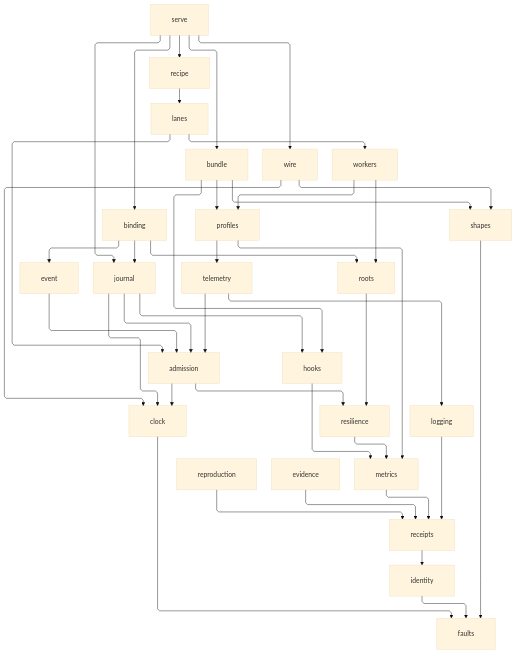
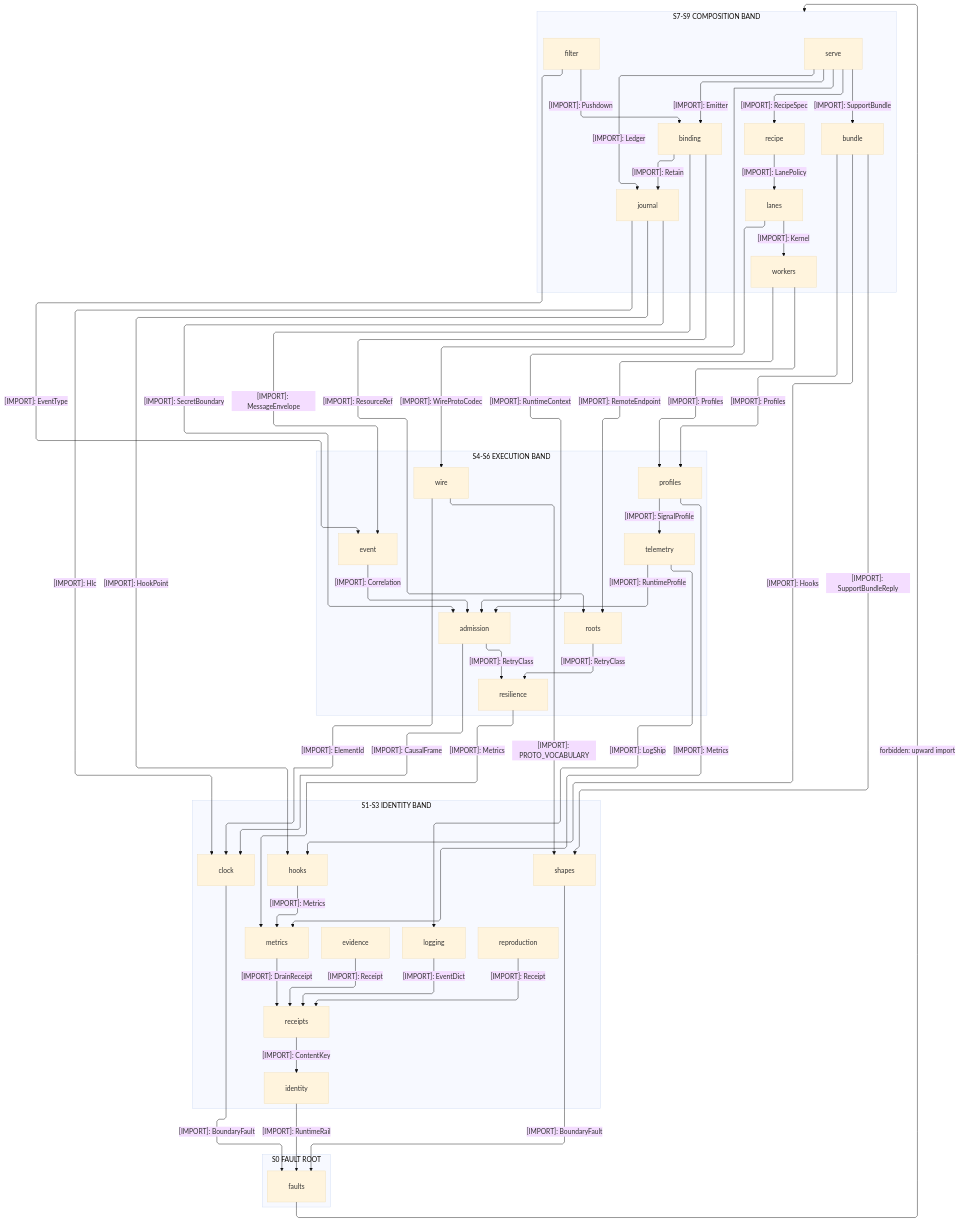
One commit to bsamiee/Rasm changed the first of 4 diagrams in libs/python/runtime/ARCHITECTURE.md. Above: the diagram before and after it, drawn with Mermaid (base theme). The commit also changed other lines of this file and 115 other files, not shown here.

````diff
--- a/libs/python/runtime/ARCHITECTURE.md
+++ b/libs/python/runtime/ARCHITECTURE.md
@@ -51,68 +52,80 @@
 ---
 flowchart TB
     accTitle: Runtime interior import rail
-    accDescr: Transitive-reduced module import rail from serve down through the execution and install strata onto the faults root.
-    Serve[serve]
-    Binding[binding]
-    Event[event]
-    Bundle[bundle]
-    Journal[journal]
-    Profiles[profiles]
-    Recipe[recipe]
-    Telemetry[telemetry]
-    Wire[wire]
-    Lanes[lanes]
-    Roots[roots]
-    Admission[admission]
-    Workers[workers]
-    Shapes[shapes]
-    Clock[clock]
-    Resilience[resilience]
-    Reproduction[reproduction]
-    Evidence[evidence]
-    Hooks[hooks]
-    Metrics[metrics]
-    Logging[logging]
-    Receipts[receipts]
-    Identity[identity]
-    Faults[faults]
-    Serve r1@--> Recipe
-    Serve r2@--> Bundle
-    Serve r3@--> Wire
-    Serve r36@--> Binding
-    Binding r37@--> Event
-    Binding r38@--> Journal
-    Binding r39@--> Roots
-    Event r40@--> Admission
-    Bundle r28@--> Profiles
-    Bundle r29@--> Hooks
-    Bundle r30@--> Shapes
-    Journal r32@--> Hooks
-    Journal r33@--> Clock
-    Serve r34@--> Journal
-    Journal r35@--> Admission
-    Workers r31@--> Profiles
-    Profiles r23@--> Telemetry
-    Profiles r24@--> Metrics
-    Recipe r4@--> Lanes
-    Workers r5@--> Roots
-    Telemetry r6@--> Admission
-    Telemetry r25@--> Logging
-    Lanes r7@--> Admission
-    Lanes r8@--> Workers
-    Wire r9@--> Clock
-    Wire r10@--> Shapes
-    Admission r11@--> Clock
-    Admission r12@--> Resilience
-    Roots r14@--> Resilience
-    Resilience r15@--> Metrics
-    Hooks r26@--> Metrics
-    Metrics r16@--> Receipts
-    Logging r27@--> Receipts
-    Reproduction r17@--> Receipts
-    Evidence r18@--> Receipts
-    Receipts r19@--> Identity
-    Identity r20@--> Faults
-    Shapes r21@--> Faults
-    Clock r22@--> Faults
+    accDescr: Transitive-reduced module import rail from serve down through the execution and identity bands onto the faults root.
+    subgraph S7["S7-S9 COMPOSITION BAND"]
+        Serve[serve]
+        Binding[binding]
+        Filter[filter]
+        Workers[workers]
+        Lanes[lanes]
+        Recipe[recipe]
+        Bundle[bundle]
+        Journal[journal]
+    end
+    subgraph S4["S4-S6 EXECUTION BAND"]
+        Event[event]
+        Profiles[profiles]
+        Telemetry[telemetry]
+        Wire[wire]
+        Admission[admission]
+        Roots[roots]
+        Resilience[resilience]
+    end
+    subgraph S1["S1-S3 IDENTITY BAND"]
+        Hooks[hooks]
+        Metrics[metrics]
+        Logging[logging]
+        Reproduction[reproduction]
+        Evidence[evidence]
+        Receipts[receipts]
+        Clock[clock]
+        Shapes[shapes]
+        Identity[identity]
+    end
+    subgraph S0["S0 FAULT ROOT"]
+        Faults[faults]
+    end
+    Serve e1@-->|"[IMPORT]: RecipeSpec"| Recipe
+    Serve e2@-->|"[IMPORT]: SupportBundle"| Bundle
+    Serve e3@-->|"[IMPORT]: WireProtoCodec"| Wire
+    Serve e4@-->|"[IMPORT]: Emitter"| Binding
+    Serve e5@-->|"[IMPORT]: Ledger"| Journal
+    Binding e6@-->|"[IMPORT]: MessageEnvelope"| Event
+    Binding e7@-->|"[IMPORT]: Retain"| Journal
+    Binding e8@-->|"[IMPORT]: ResourceRef"| Roots
+    Filter e9@-->|"[IMPORT]: Pushdown"| Binding
+    Filter e10@-->|"[IMPORT]: EventType"| Event
+    Bundle e11@-->|"[IMPORT]: Profiles"| Profiles
+    Bundle e12@-->|"[IMPORT]: Hooks"| Hooks
+    Bundle e13@-->|"[IMPORT]: SupportBundleReply"| Shapes
+    Journal e14@-->|"[IMPORT]: HookPoint"| Hooks
+    Journal e15@-->|"[IMPORT]: Hlc"| Clock
+    Journal e16@-->|"[IMPORT]: SecretBoundary"| Admission
+    Workers e17@-->|"[IMPORT]: Profiles"| Profiles
+    Workers e18@-->|"[IMPORT]: RemoteEndpoint"| Roots
+    Lanes e19@-->|"[IMPORT]: RuntimeContext"| Admission
+    Lanes e20@-->|"[IMPORT]: Kernel"| Workers
+    Recipe e21@-->|"[IMPORT]: LanePolicy"| Lanes
+    Event e22@-->|"[IMPORT]: Correlation"| Admission
+    Profiles e23@-->|"[IMPORT]: SignalProfile"| Telemetry
+    Profiles e24@-->|"[IMPORT]: Metrics"| Metrics
+    Telemetry e25@-->|"[IMPORT]: RuntimeProfile"| Admission
+    Telemetry e26@-->|"[IMPORT]: LogShip"| Logging
+    Wire e27@-->|"[IMPORT]: ElementId"| Clock
+    Wire e28@-->|"[IMPORT]: PROTO_VOCABULARY"| Shapes
+    Admission e29@-->|"[IMPORT]: CausalFrame"| Clock
+    Admission e30@-->|"[IMPORT]: RetryClass"| Resilience
+    Roots e31@-->|"[IMPORT]: RetryClass"| Resilience
+    Resilience e32@-->|"[IMPORT]: Metrics"| Metrics
+    Hooks e33@-->|"[IMPORT]: Metrics"| Metrics
+    Metrics e34@-->|"[IMPORT]: DrainReceipt"| Receipts
+    Logging e35@-->|"[IMPORT]: EventDict"| Receipts
+    Reproduction e36@-->|"[IMPORT]: Receipt"| Receipts
+    Evidence e37@-->|"[IMPORT]: Receipt"| Receipts
+    Receipts e38@-->|"[IMPORT]: ContentKey"| Identity
+    Identity e39@-->|"[IMPORT]: RuntimeRail"| Faults
+    Shapes e40@-->|"[IMPORT]: BoundaryFault"| Faults
+    Clock e41@-->|"[IMPORT]: BoundaryFault"| Faults
+    Faults f1@-->|"forbidden: upward import"| S7
 ```
````
